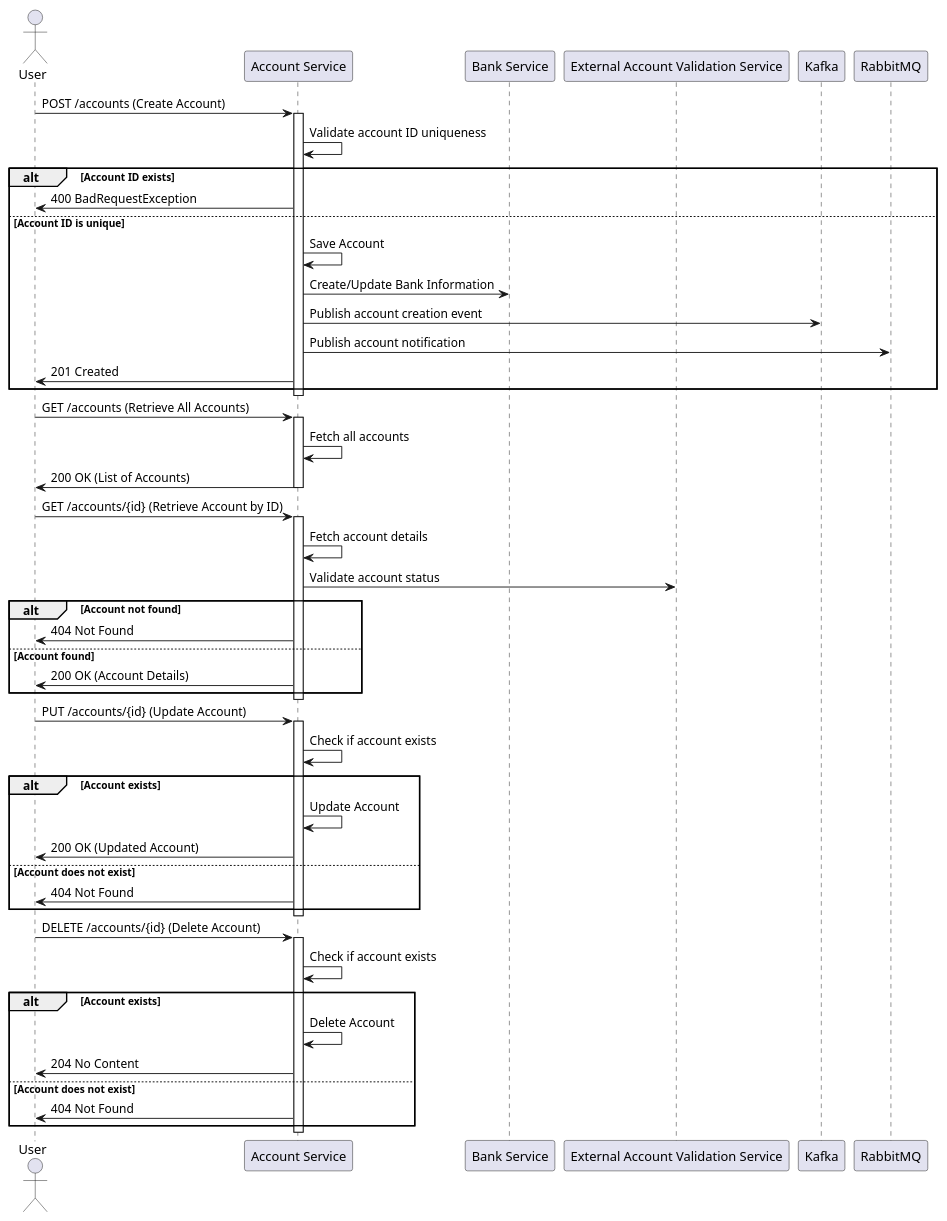
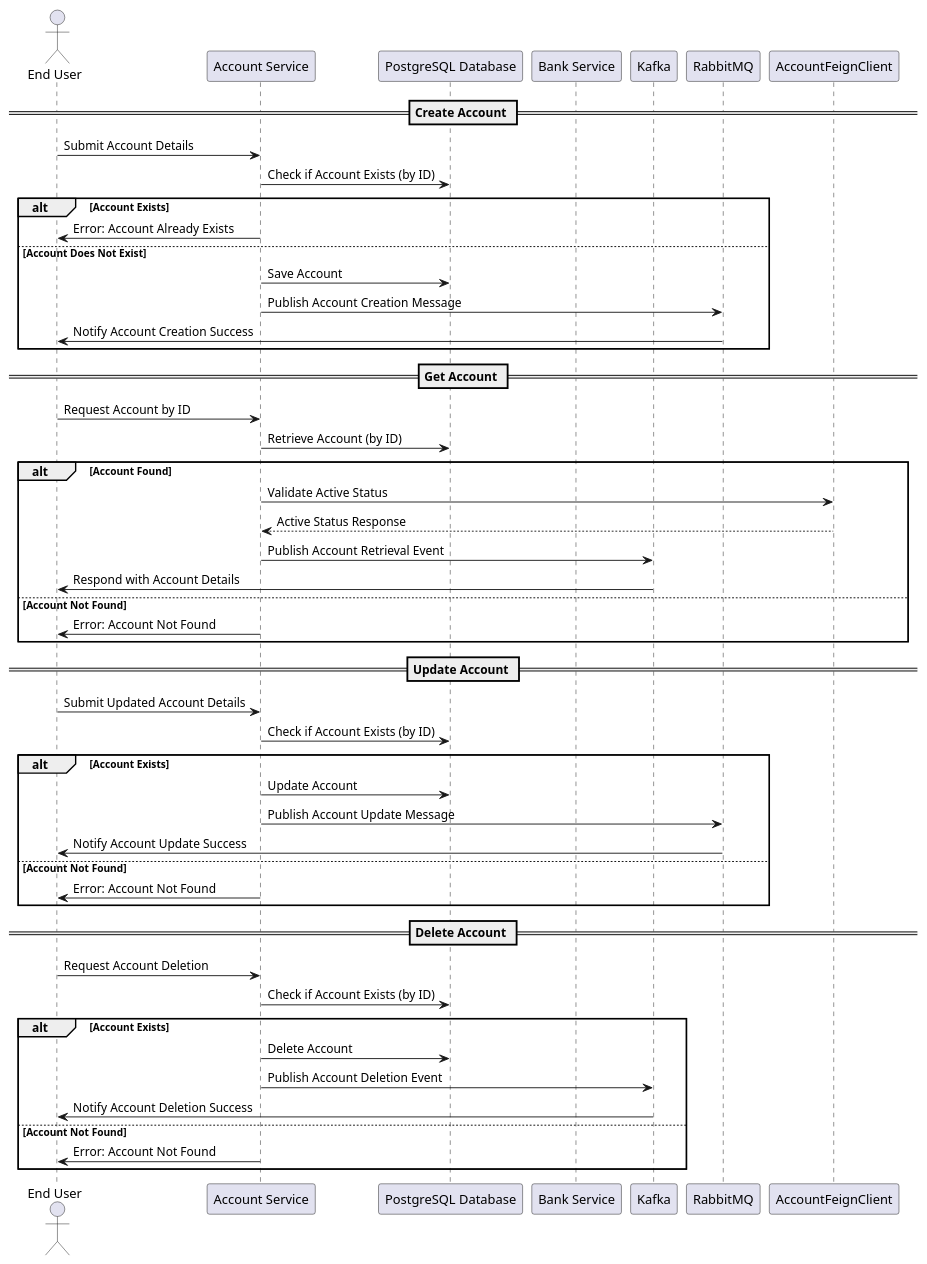
The diagram in design_document/AccountService.md (Bhaskar-Pavan/AccountService), drawn with PlantUML before and after one commit. The commit also changed other lines of this file, not shown here.

````diff
--- a/design_document/AccountService.md
+++ b/design_document/AccountService.md
@@ -36,64 +28,57 @@
 ```plantuml
 @startuml
-actor User
+actor "End User" as User
 participant "Account Service" as AccountService
+participant "PostgreSQL Database" as PostgreSQL
 participant "Bank Service" as BankService
-participant "External Account Validation Service" as ExternalValidationService
 participant "Kafka" as Kafka
 participant "RabbitMQ" as RabbitMQ
+participant "AccountFeignClient" as FeignClient
 
-User -> AccountService : POST /accounts (Create Account)
-activate AccountService
-AccountService -> AccountService : Validate account ID uniqueness
-alt Account ID exists
-    AccountService -> User : 400 BadRequestException
-else Account ID is unique
-    AccountService -> AccountService : Save Account
-    AccountService -> BankService : Create/Update Bank Information
-    AccountService -> Kafka : Publish account creation event
-    AccountService -> RabbitMQ : Publish account notification
-    AccountService -> User : 201 Created
+== Create Account ==
+User -> AccountService : Submit Account Details
+AccountService -> PostgreSQL : Check if Account Exists (by ID)
+alt Account Exists
+    AccountService -> User : Error: Account Already Exists
+else Account Does Not Exist
+    AccountService -> PostgreSQL : Save Account
+    AccountService -> RabbitMQ : Publish Account Creation Message
+    RabbitMQ -> User : Notify Account Creation Success
 end
-deactivate AccountService
 
-User -> AccountService : GET /accounts (Retrieve All Accounts)
-activate AccountService
-AccountService -> AccountService : Fetch all accounts
-AccountService -> User : 200 OK (List of Accounts)
-deactivate AccountService
+== Get Account ==
+User -> AccountService : Request Account by ID
+AccountService -> PostgreSQL : Retrieve Account (by ID)
+alt Account Found
+    AccountService -> FeignClient : Validate Active Status
+    FeignClient --> AccountService : Active Status Response
+    AccountService -> Kafka : Publish Account Retrieval Event
+    Kafka -> User : Respond with Account Details
+else Account Not Found
+    AccountService -> User : Error: Account Not Found
+end
 
-User -> AccountService : GET /accounts/{id} (Retrieve Account by ID)
-activate AccountService
-AccountService -> AccountService : Fetch account details
-AccountService -> ExternalValidationService : Validate account status
-alt Account not found
-    AccountService -> User : 404 Not Found
-else Account found
-    AccountService -> User : 200 OK (Account Details)
+== Update Account ==
+User -> AccountService : Submit Updated Account Details
+AccountService -> PostgreSQL : Check if Account Exists (by ID)
+alt Account Exists
+    AccountService -> PostgreSQL : Update Account
+    AccountService -> RabbitMQ : Publish Account Update Message
+    RabbitMQ -> User : Notify Account Update Success
+else Account Not Found
+    AccountService -> User : Error: Account Not Found
 end
-deactivate AccountService
 
-User -> AccountService : PUT /accounts/{id} (Update Account)
-activate AccountService
-AccountService -> AccountService : Check if account exists
-alt Account exists
-    AccountService -> AccountService : Update Account
-    AccountService -> User : 200 OK (Updated Account)
-else Account does not exist
-    AccountService -> User : 404 Not Found
+== Delete Account ==
+User -> AccountService : Request Account Deletion
+AccountService -> PostgreSQL : Check if Account Exists (by ID)
+alt Account Exists
+    AccountService -> PostgreSQL : Delete Account
+    AccountService -> Kafka : Publish Account Deletion Event
+    Kafka -> User : Notify Account Deletion Success
+else Account Not Found
+    AccountService -> User : Error: Account Not Found
 end
-deactivate AccountService
-
-User -> AccountService : DELETE /accounts/{id} (Delete Account)
-activate AccountService
-AccountService -> AccountService : Check if account exists
-alt Account exists
-    AccountService -> AccountService : Delete Account
-    AccountService -> User : 204 No Content
-else Account does not exist
-    AccountService -> User : 404 Not Found
-end
-deactivate AccountService
 
 @enduml
 ```
````
